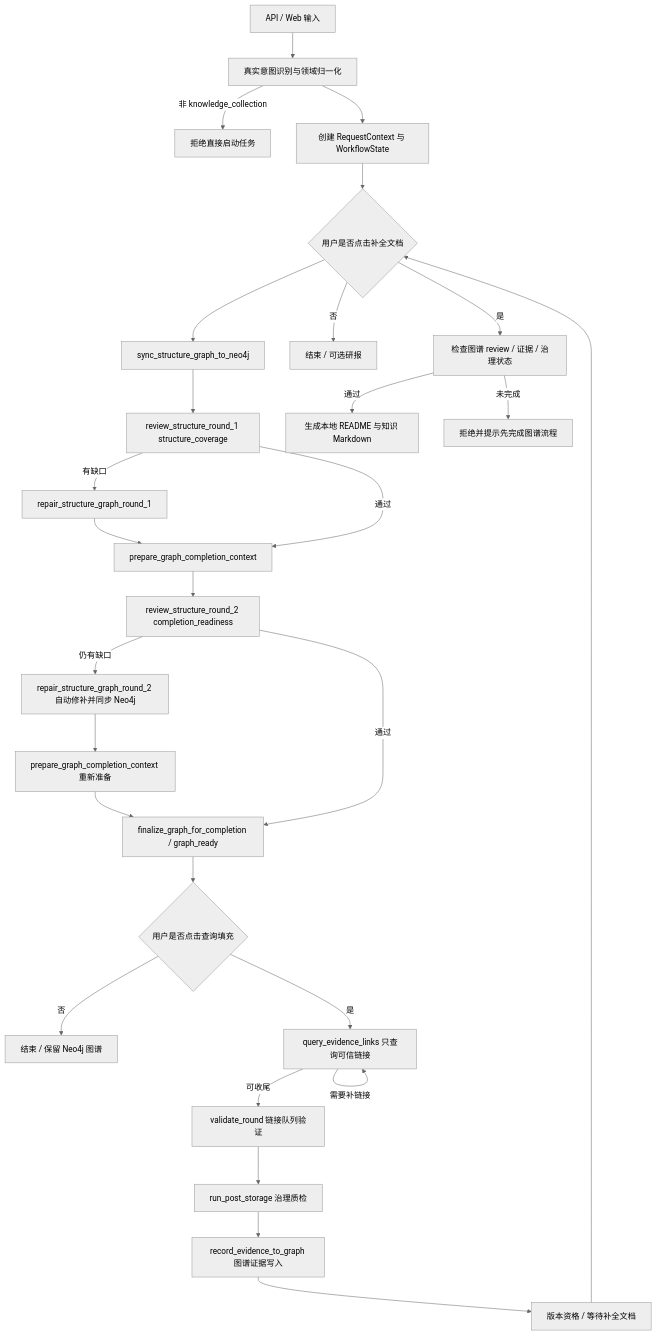
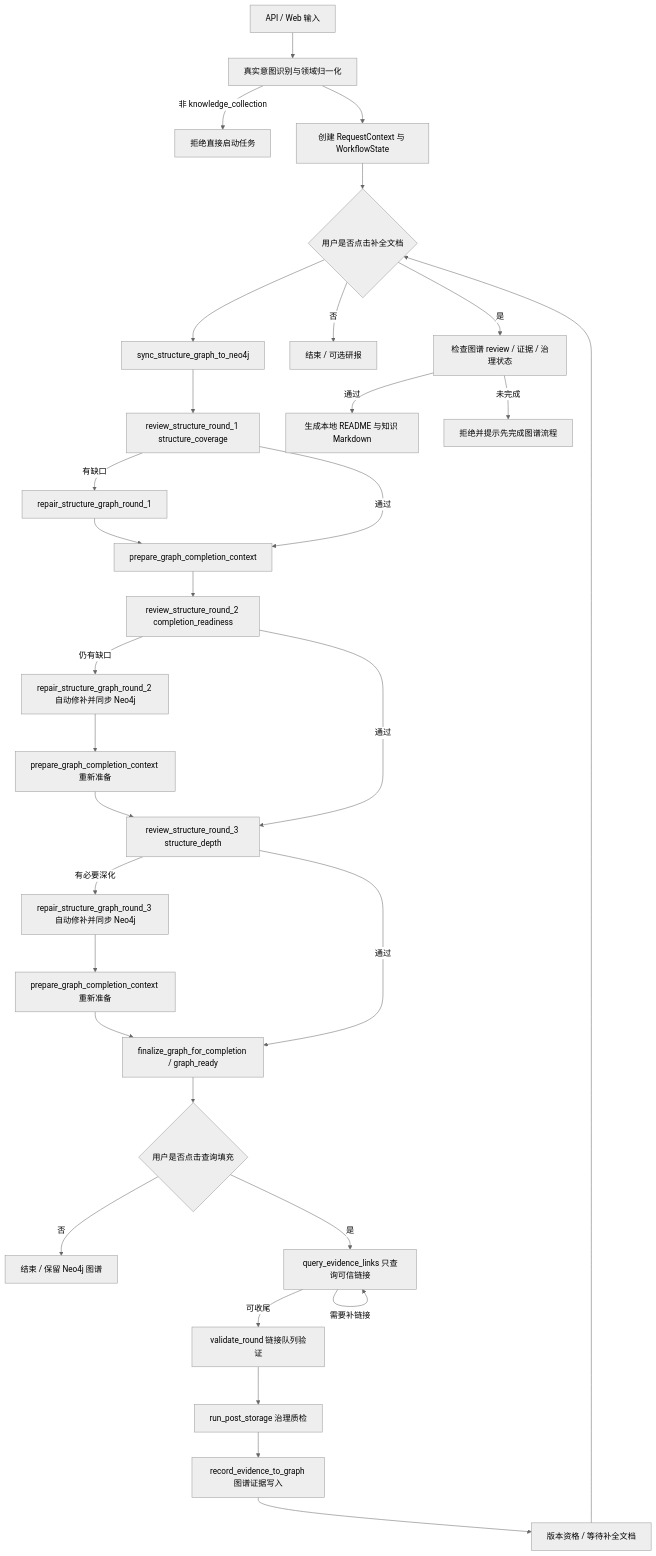
Before and after one commit to crabin/knowledgeforge: the diagram in docs/流程执行文档.md, drawn with Mermaid (neutral theme). The commit also changed other lines of this file and 11 other files, not shown here.

Commit message:
Add structure depth review round

````diff
--- a/docs/流程执行文档.md
+++ b/docs/流程执行文档.md
@@ -11,30 +11,34 @@
 ```mermaid
 flowchart TD
     A[API / Web 输入] --> B[真实意图识别与领域归一化]
     B -->|非 knowledge_collection| X[拒绝直接启动任务]
     B --> C[创建 RequestContext 与 WorkflowState]
     C --> D[generate_structure_graph]
     D --> E[sync_structure_graph_to_neo4j]
     E --> F[review_structure_round_1 structure_coverage]
     F -->|有缺口| G[repair_structure_graph_round_1]
     G --> I[prepare_graph_completion_context]
     F -->|通过| I
     I --> H[review_structure_round_2 completion_readiness]
     H -->|仍有缺口| S[repair_structure_graph_round_2 自动修补并同步 Neo4j]
     S --> I2[prepare_graph_completion_context 重新准备]
-    I2 --> W[finalize_graph_for_completion / graph_ready]
-    H -->|通过| W
+    I2 --> Z[review_structure_round_3 structure_depth]
+    H -->|通过| Z
+    Z -->|有必要深化| Y[repair_structure_graph_round_3 自动修补并同步 Neo4j]
+    Y --> I3[prepare_graph_completion_context 重新准备]
+    I3 --> W[finalize_graph_for_completion / graph_ready]
+    Z -->|通过| W
     W --> Q{用户是否点击查询填充}
     Q -->|否| R[结束 / 保留 Neo4j 图谱]
     Q -->|是| J[query_evidence_links 只查询可信链接]
     J -->|需要补链接| J
     J -->|可收尾| L[validate_round 链接队列验证]
     L --> M[run_post_storage 治理质检]
     M --> K[record_evidence_to_graph 图谱证据写入]
     K --> P[版本资格 / 等待补全文档]
     P --> D{用户是否点击补全文档}
     D -->|否| R2[结束 / 可选研报]
     D -->|是| T[检查图谱 review / 证据 / 治理状态]
     T -->|通过| U[生成本地 README 与知识 Markdown]
     T -->|未完成| V[拒绝并提示先完成图谱流程]
 ```
````
